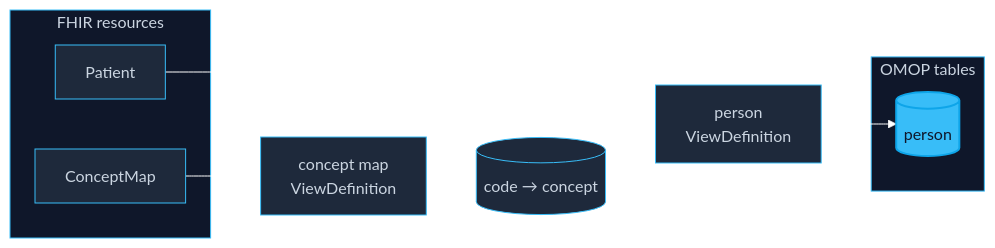
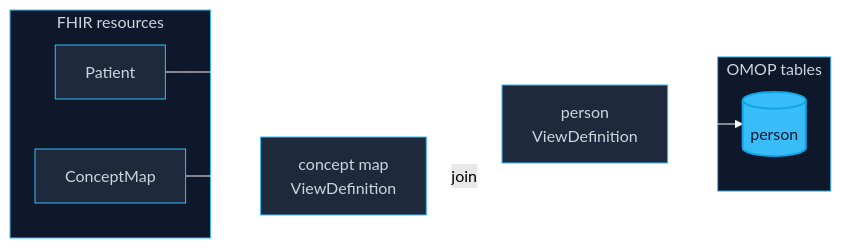
Before and after one commit to fhir4ds/fhir4ds: the diagram in web/website/docs/examples/fhir-to-omop.mdx, drawn with Mermaid (forest theme). The commit also changed other lines of this file, not shown here.

First line of the commit message:
docs(examples): drop the concept-map node; explain where the keying lives

````diff
--- a/web/website/docs/examples/fhir-to-omop.mdx
+++ b/web/website/docs/examples/fhir-to-omop.mdx
@@ -20,26 +20,26 @@
 ```mermaid
 flowchart LR
     subgraph FHIR["FHIR resources"]
         Patient[Patient]
         ConceptMap[ConceptMap]
     end
 
     subgraph OMOP["OMOP tables"]
         Person[(person)]
     end
 
     Patient --> PersonVD["person<br/>ViewDefinition"]
-    ConceptMap --> MapVD["concept map<br/>ViewDefinition"] --> Map[("code → concept")]
-    Map --> PersonVD
+    ConceptMap --> MapVD["concept map<br/>ViewDefinition"]
+    MapVD -->|join| PersonVD
     PersonVD --> Person
 
     classDef default fill:#1e293b,stroke:#38bdf8,color:#cbd5e1,stroke-width:1px
     classDef highlight fill:#38bdf8,stroke:#0ea5e9,color:#0f172a,stroke-width:2px
 
-    class Patient,ConceptMap,PersonVD,MapVD,Map default
+    class Patient,ConceptMap,PersonVD,MapVD default
     class Person highlight
 
     linkStyle default stroke:#fff,stroke-width:1px
     style FHIR fill:#0f172a,stroke:#38bdf8,color:#cbd5e1
     style OMOP fill:#0f172a,stroke:#38bdf8,color:#cbd5e1
 ```
````
